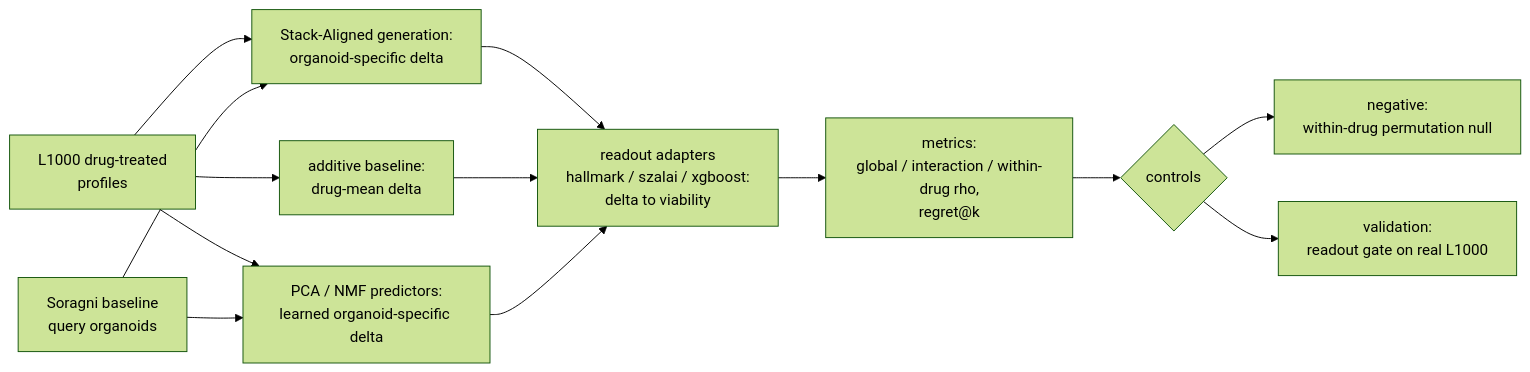
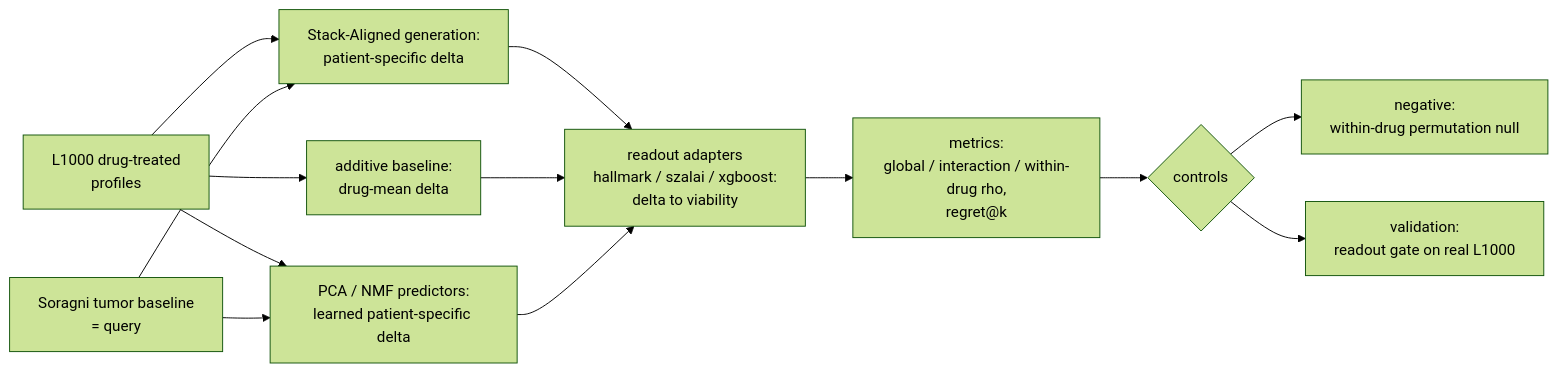
One commit to lagillenwater/fm-pm-evaluator changed the diagram in README.md. Above: the diagram before and after it, drawn with Mermaid (forest theme). The commit also changed other lines of this file and 17 other files, not shown here.

First line of the commit message:
Use tumor RNA as the Soragni model input

````diff
--- a/README.md
+++ b/README.md
@@ -26,15 +26,15 @@
 ```mermaid
 flowchart LR
-    L[L1000 drug-treated<br/>profiles] --> GEN[Stack-Aligned generation:<br/>organoid-specific delta]
-    SB[Soragni baseline<br/>query organoids] --> GEN
+    L[L1000 drug-treated<br/>profiles] --> GEN[Stack-Aligned generation:<br/>patient-specific delta]
+    SB[Soragni tumor baseline<br/>= query] --> GEN
     L --> ADD[additive baseline:<br/>drug-mean delta]
-    L --> LRN[PCA / NMF predictors:<br/>learned organoid-specific delta]
+    L --> LRN[PCA / NMF predictors:<br/>learned patient-specific delta]
     SB --> LRN
     GEN --> RO[readout adapters<br/>hallmark / szalai / xgboost:<br/>delta to viability]
     ADD --> RO
     LRN --> RO
     RO --> M[metrics:<br/>global / interaction / within-drug rho,<br/>regret@k]
     M --> C{controls}
     C --> NEG[negative:<br/>within-drug permutation null]
     C --> POS[validation:<br/>readout gate on real L1000]
 ```
````
